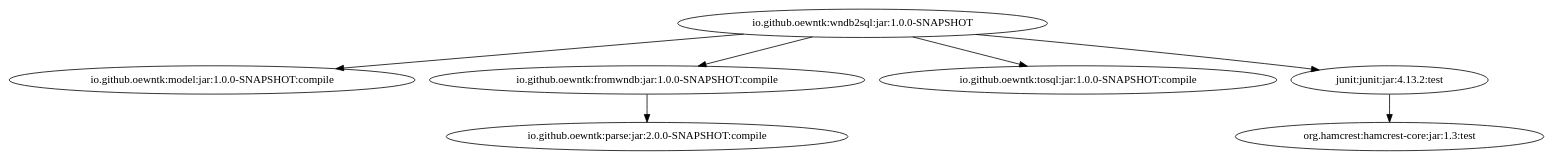
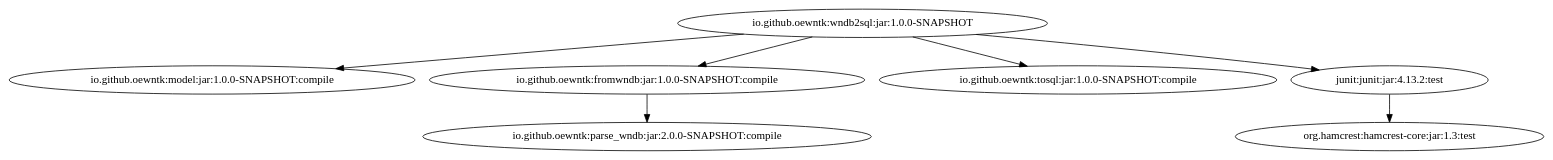
One commit to oewntk/grind_wndb2sql changed the diagram in images/grind-wndb2sql.dot. Above: the diagram before and after it, drawn with Graphviz. The commit also changed 4 other files, not shown here.

```diff
--- a/images/grind-wndb2sql.dot
+++ b/images/grind-wndb2sql.dot
@@ -1,8 +1,8 @@
-digraph "io.github.oewntk:wndb2sql:jar:1.0.0-SNAPSHOT" {
-	"io.github.oewntk:wndb2sql:jar:1.0.0-SNAPSHOT" -> "io.github.oewntk:model:jar:1.0.0-SNAPSHOT:compile" ;
-	"io.github.oewntk:wndb2sql:jar:1.0.0-SNAPSHOT" -> "io.github.oewntk:fromwndb:jar:1.0.0-SNAPSHOT:compile" ;
-	"io.github.oewntk:wndb2sql:jar:1.0.0-SNAPSHOT" -> "io.github.oewntk:tosql:jar:1.0.0-SNAPSHOT:compile" ;
-	"io.github.oewntk:wndb2sql:jar:1.0.0-SNAPSHOT" -> "junit:junit:jar:4.13.2:test" ;
-	"io.github.oewntk:fromwndb:jar:1.0.0-SNAPSHOT:compile" -> "io.github.oewntk:parse:jar:2.0.0-SNAPSHOT:compile" ;
+digraph "io.github.oewntk:wndb2sql:jar:1.0.0-SNAPSHOT" { 
+	"io.github.oewntk:wndb2sql:jar:1.0.0-SNAPSHOT" -> "io.github.oewntk:model:jar:1.0.0-SNAPSHOT:compile" ; 
+	"io.github.oewntk:wndb2sql:jar:1.0.0-SNAPSHOT" -> "io.github.oewntk:fromwndb:jar:1.0.0-SNAPSHOT:compile" ; 
+	"io.github.oewntk:wndb2sql:jar:1.0.0-SNAPSHOT" -> "io.github.oewntk:tosql:jar:1.0.0-SNAPSHOT:compile" ; 
+	"io.github.oewntk:wndb2sql:jar:1.0.0-SNAPSHOT" -> "junit:junit:jar:4.13.2:test" ; 
+	"io.github.oewntk:fromwndb:jar:1.0.0-SNAPSHOT:compile" -> "io.github.oewntk:parse_wndb:jar:2.0.0-SNAPSHOT:compile" ; 
 	"junit:junit:jar:4.13.2:test" -> "org.hamcrest:hamcrest-core:jar:1.3:test" ; 
  } 
```
